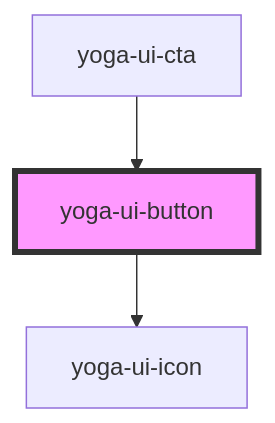
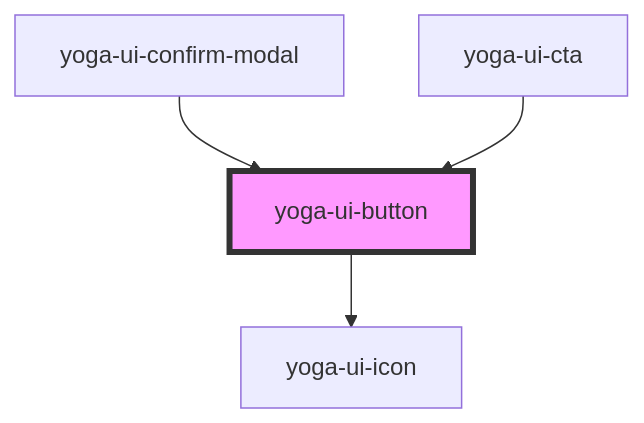
The diagram in src/components/yoga-ui-button/readme.md (daphnesmit/yoga-ui), drawn with Mermaid before and after one commit. The commit also changed other lines of this file and 16 other files, not shown here.

````diff
--- a/src/components/yoga-ui-button/readme.md
+++ b/src/components/yoga-ui-button/readme.md
@@ -30,6 +31,7 @@
 ```mermaid
 graph TD;
   yoga-ui-button --> yoga-ui-icon
+  yoga-ui-confirm-modal --> yoga-ui-button
   yoga-ui-cta --> yoga-ui-button
   style yoga-ui-button fill:#f9f,stroke:#333,stroke-width:4px
 ```
````
